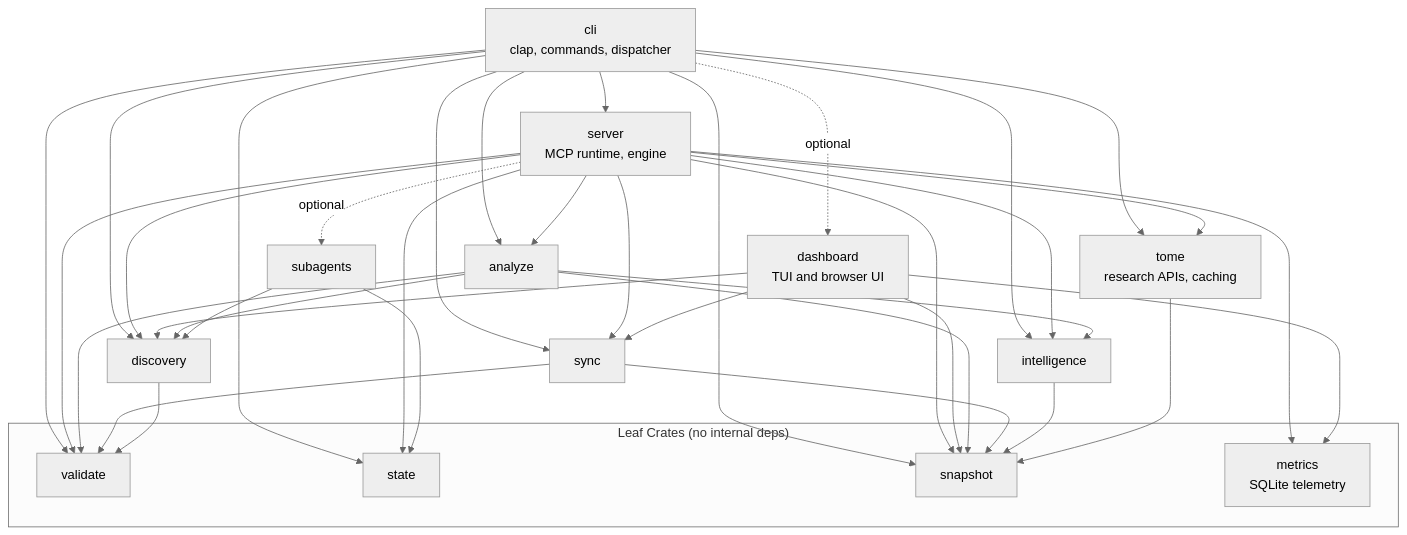
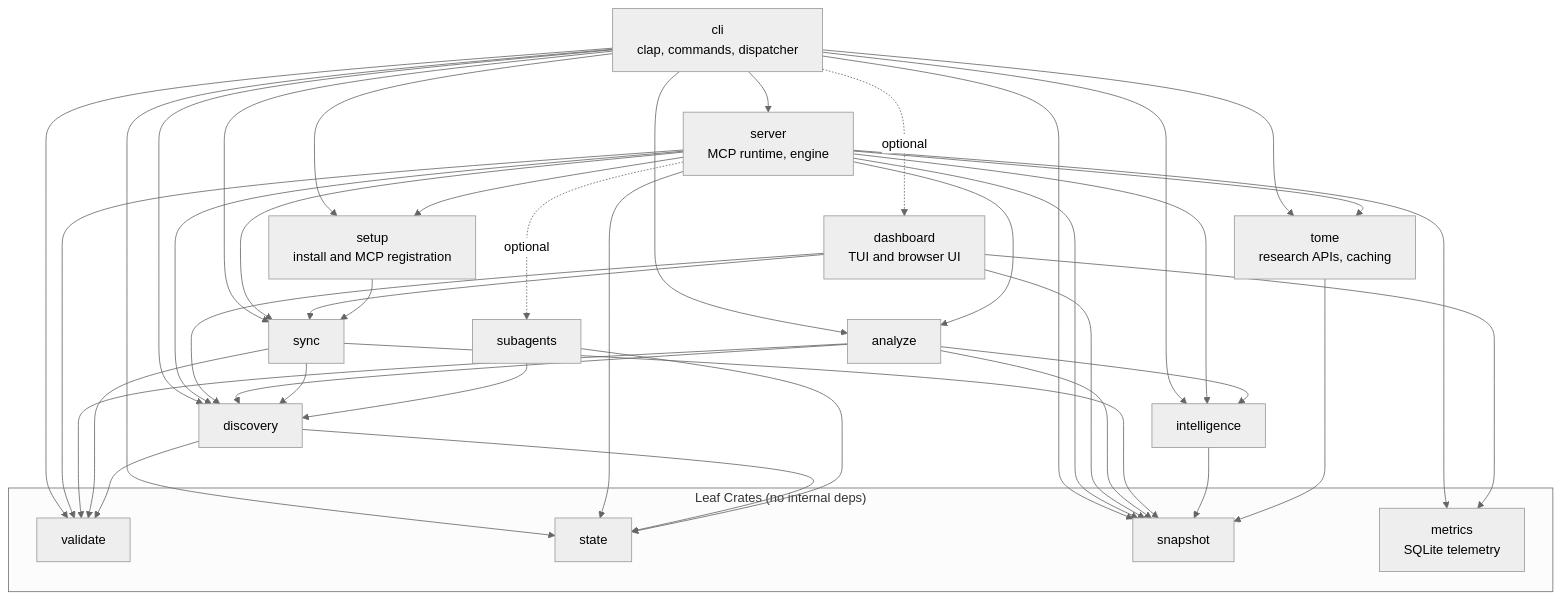
Before and after one commit to athola/skrills: the second of 2 diagrams in docs/architecture.md, drawn with Mermaid (neutral theme). The commit also changed other lines of this file and 18 other files, not shown here.

First line of the commit message:
feat(setup)!: move setup and config out of skrills-server, add --include-marketplace

````diff
--- a/docs/architecture.md
+++ b/docs/architecture.md
@@ -25,30 +25,32 @@
 ```mermaid
 graph TD
     cli[cli<br/>clap, commands, dispatcher] --> server[server<br/>MCP runtime, engine]
-    cli --> sync & validate & analyze & intelligence
+    cli --> sync & validate & analyze & intelligence & setup
     cli --> tome & discovery & state & snapshot
     cli -. optional .-> dashboard[dashboard<br/>TUI and browser UI]
     server --> sync[sync]
+    server --> setup[setup<br/>install and MCP registration]
     server --> validate[validate]
     server --> analyze[analyze]
     server --> intelligence[intelligence]
     server --> discovery[discovery]
     server --> metrics[metrics<br/>SQLite telemetry]
     server --> tome[tome<br/>research APIs, caching]
     server --> state & snapshot
     server -. optional .-> subagents[subagents]
     dashboard --> metrics & discovery & sync & snapshot
     analyze --> validate & discovery & intelligence & snapshot
-    sync --> validate & snapshot
-    discovery --> validate
+    sync --> validate & discovery & snapshot
+    setup --> sync
+    discovery --> validate & state
     subagents --> discovery & state
     intelligence --> snapshot
     tome --> snapshot
 
     subgraph leaf["Leaf Crates (no internal deps)"]
         validate
         state[state]
         metrics
         snapshot[snapshot]
     end
 ```
````
